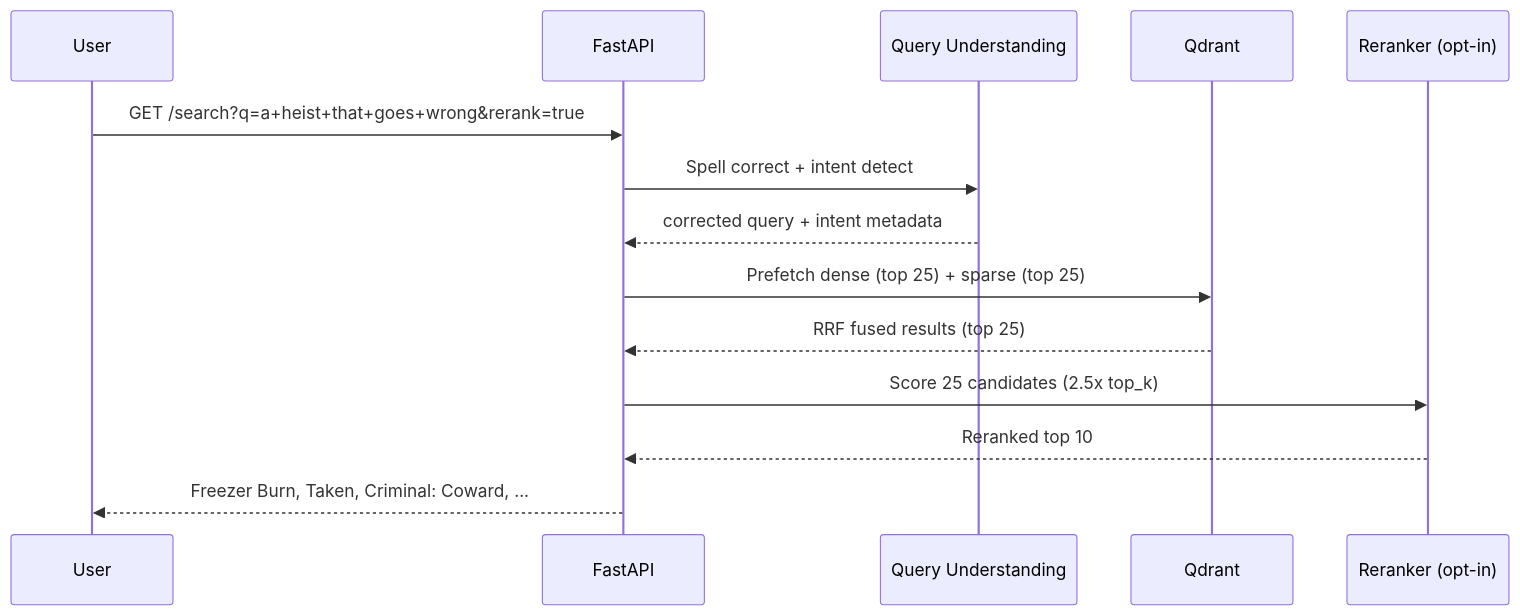
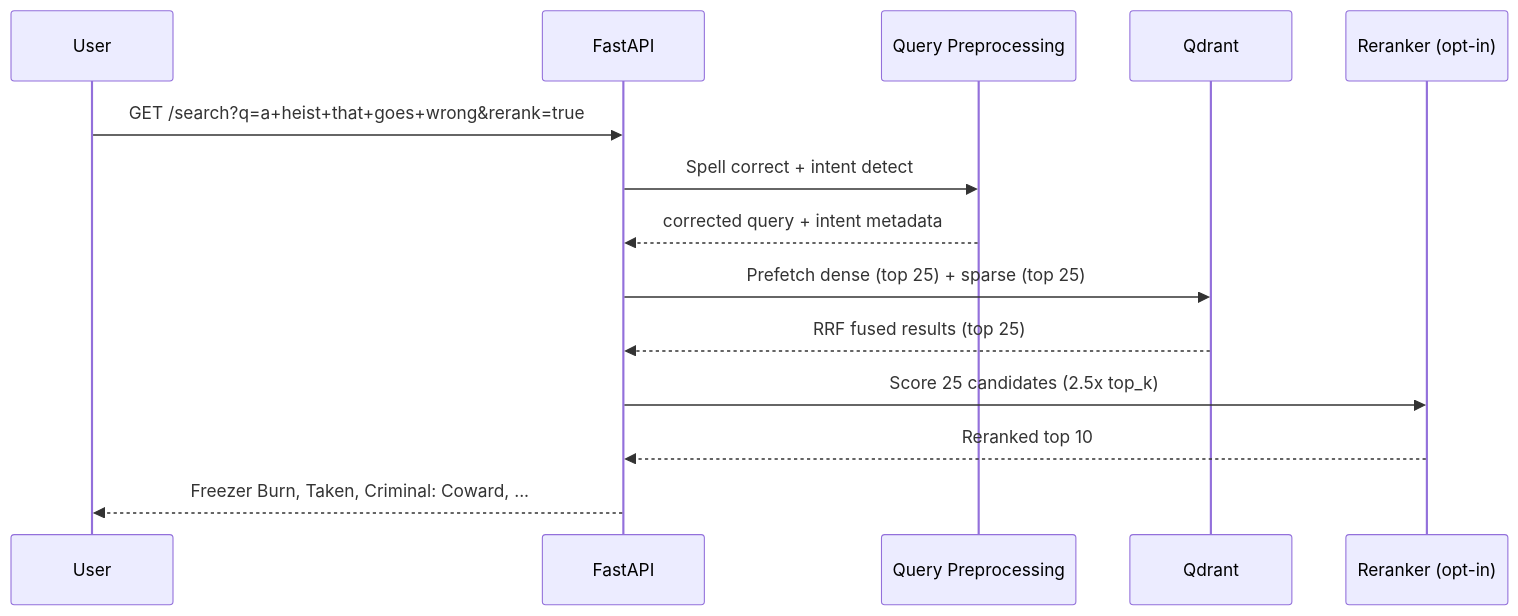
Before and after one commit to TruaShamu/ai-search: the second of 4 diagrams in README.md, drawn with Mermaid. The commit also changed other lines of this file, not shown here.

First line of the commit message:
docs: rename query understanding to preprocessing

````diff
--- a/README.md
+++ b/README.md
@@ -73,17 +73,17 @@
 ```mermaid
 sequenceDiagram
     participant User
     participant API as FastAPI
-    participant QU as Query Understanding
+    participant QU as Query Preprocessing
     participant Q as Qdrant
     participant RR as Reranker (opt-in)
 
     User->>API: GET /search?q=a+heist+that+goes+wrong&rerank=true
     API->>QU: Spell correct + intent detect
     QU-->>API: corrected query + intent metadata
     API->>Q: Prefetch dense (top 25) + sparse (top 25)
     Q-->>API: RRF fused results (top 25)
     API->>RR: Score 25 candidates (2.5x top_k)
     RR-->>API: Reranked top 10
     API-->>User: Freezer Burn, Taken, Criminal: Coward, ...
 ```
````
